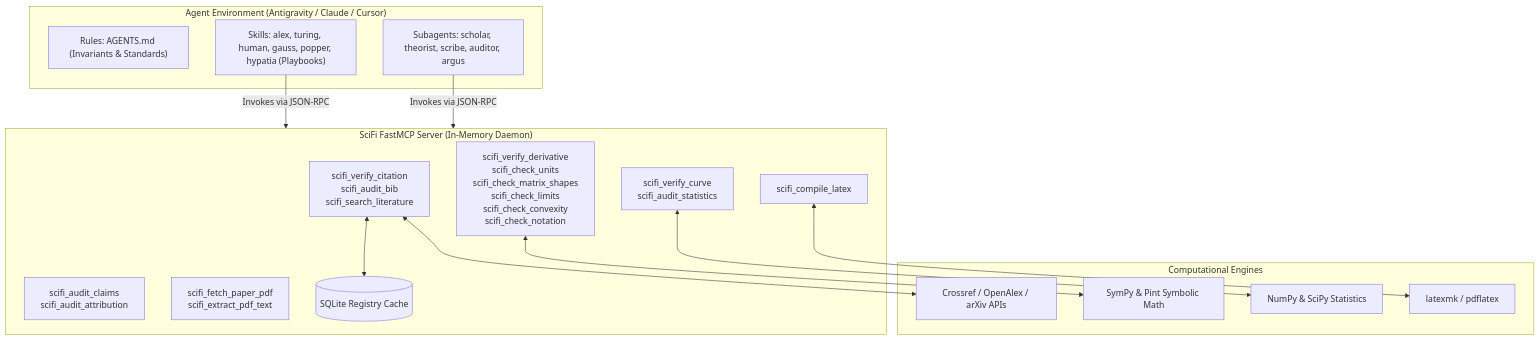
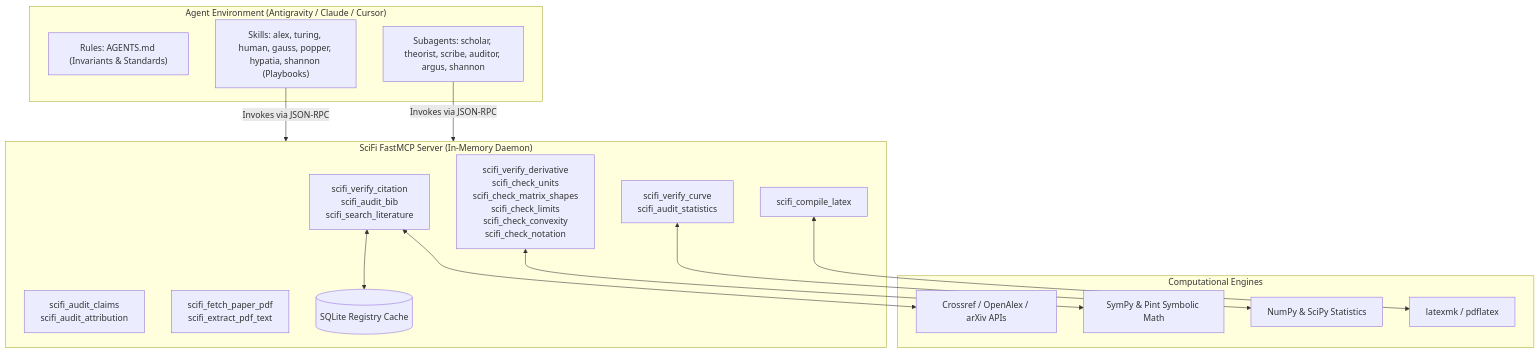
Before and after one commit to betagors/scifi: the diagram in README.md, drawn with Mermaid. The commit also changed other lines of this file and 14 other files, not shown here.

````diff
--- a/README.md
+++ b/README.md
@@ -89,33 +90,33 @@
 ```mermaid
 flowchart TD
     subgraph AgentLayer ["Agent Environment (Antigravity / Claude / Cursor)"]
         Rules["Rules: AGENTS.md (Invariants & Standards)"]
-        Skills["Skills: alex, turing, human, gauss, popper, hypatia (Playbooks)"]
-        Subagents["Subagents: scholar, theorist, scribe, auditor, argus"]
+        Skills["Skills: alex, turing, human, gauss, popper, hypatia, shannon (Playbooks)"]
+        Subagents["Subagents: scholar, theorist, scribe, auditor, argus, shannon"]
     end
 
     subgraph MCPLayer ["SciFi FastMCP Server (In-Memory Daemon)"]
         CitationTools["scifi_verify_citation\nscifi_audit_bib\nscifi_search_literature"]
         MathTools["scifi_verify_derivative\nscifi_check_units\nscifi_check_matrix_shapes\nscifi_check_limits\nscifi_check_convexity\nscifi_check_notation"]
         LatexTools["scifi_compile_latex"]
         StatsTools["scifi_verify_curve\nscifi_audit_statistics"]
         ReviewTools["scifi_audit_claims\nscifi_audit_attribution"]
         FetchTools["scifi_fetch_paper_pdf\nscifi_extract_pdf_text"]
         Cache[("SQLite Registry Cache")]
     end
 
     subgraph Engines ["Computational Engines"]
         Registries["Crossref / OpenAlex / arXiv APIs"]
         SymPy["SymPy & Pint Symbolic Math"]
         SciPy["NumPy & SciPy Statistics"]
         TeX["latexmk / pdflatex"]
     end
 
     Skills -->|Invokes via JSON-RPC| MCPLayer
     Subagents -->|Invokes via JSON-RPC| MCPLayer
     CitationTools <--> Cache
     CitationTools <--> Registries
     MathTools <--> SymPy
     StatsTools <--> SciPy
     LatexTools <--> TeX
 ```
````
